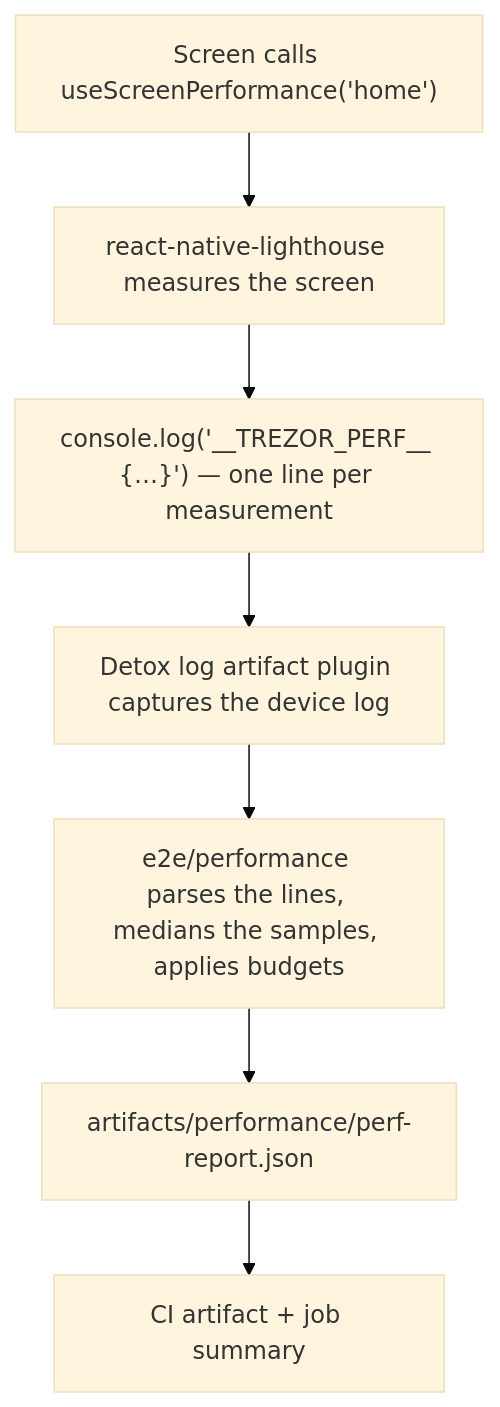
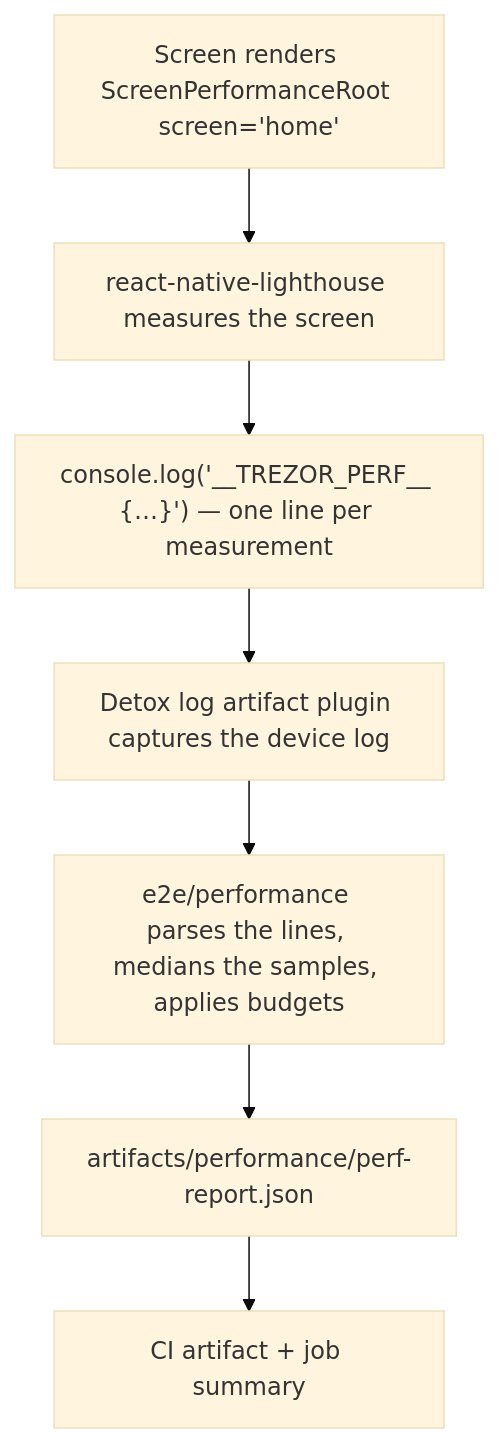
Before and after one commit to trezor/trezor-suite: the diagram in docs/tests/suite-native-e2e-performance.md, drawn with Mermaid (base theme). The commit also changed other lines of this file, not shown here.

First line of the commit message:
fixup! feat(suite-native): build and publish an e2e performance report

````diff
--- a/docs/tests/suite-native-e2e-performance.md
+++ b/docs/tests/suite-native-e2e-performance.md
@@ -27,9 +27,9 @@
 ```mermaid
 flowchart TD
-    A["Screen calls useScreenPerformance('home')"] --> B["react-native-lighthouse measures the screen"]
+    A["Screen renders ScreenPerformanceRoot screen='home'"] --> B["react-native-lighthouse measures the screen"]
     B --> C["console.log('__TREZOR_PERF__ {…}') — one line per measurement"]
     C --> D["Detox log artifact plugin captures the device log"]
     D --> E["e2e/performance parses the lines, medians the samples, applies budgets"]
     E --> F["artifacts/performance/perf-report.json"]
     F --> G["CI artifact + job summary"]
 ```
````
